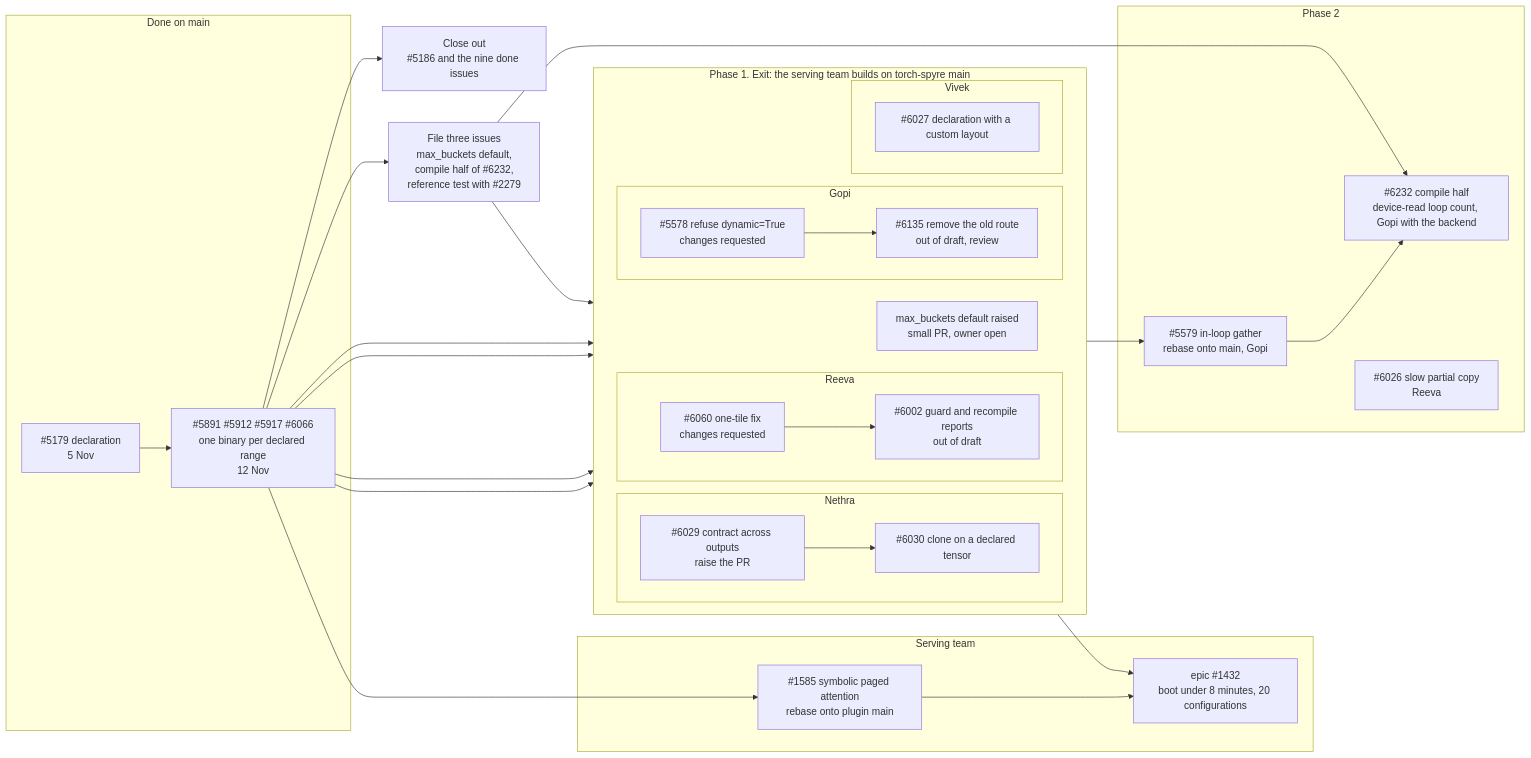
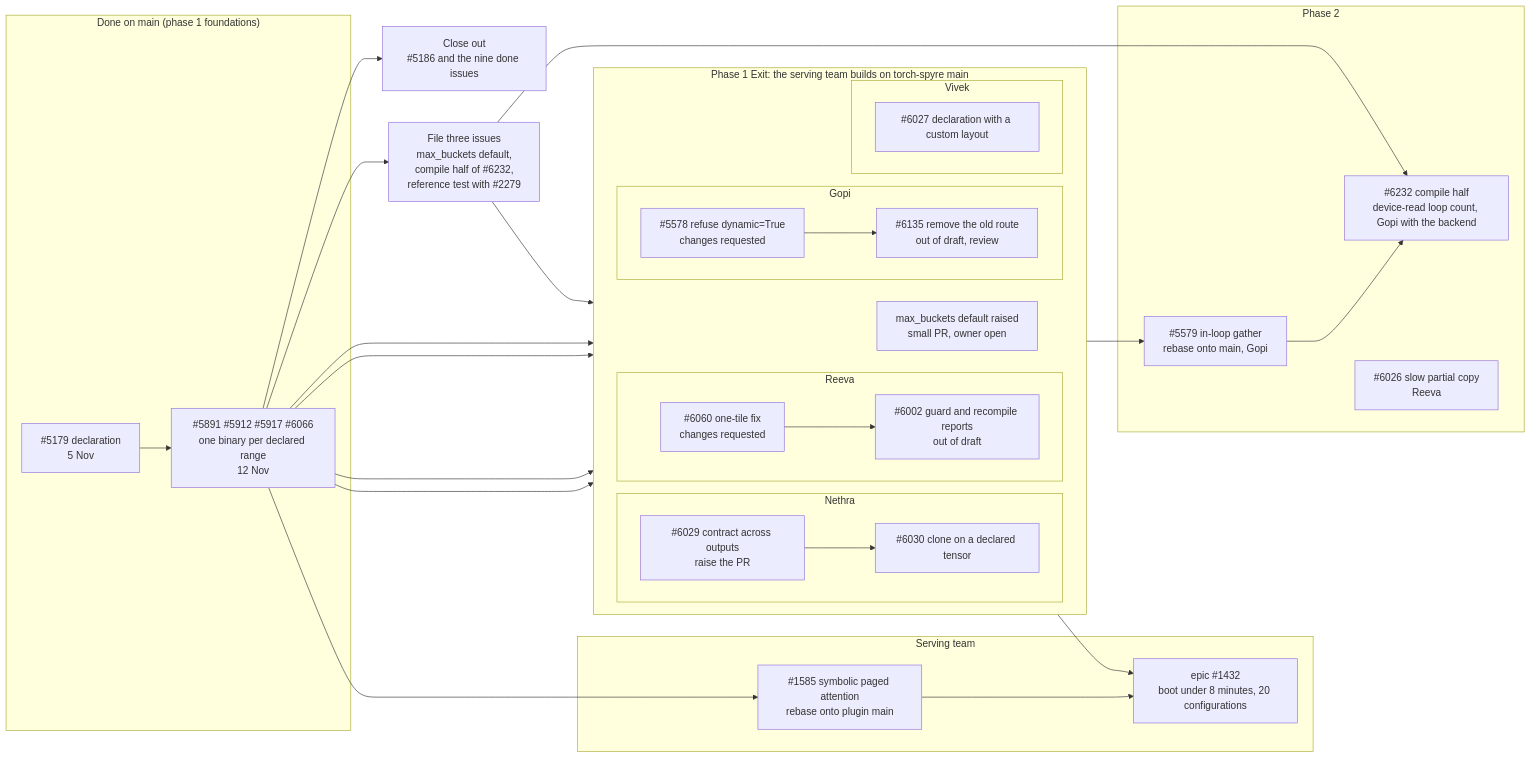
The diagram in docs/source/compiler/plan.md (Vivek1258/torch-spyre), drawn with Mermaid before and after one commit.

````diff
--- a/docs/source/compiler/plan.md
+++ b/docs/source/compiler/plan.md
@@ -1,46 +1,46 @@
 ```mermaid
 flowchart LR
-    subgraph done["Done on main"]
+    subgraph done["Done on main (phase 1 foundations)"]
         A["#5179 declaration<br/>5 Nov"] --> B["#5891 #5912 #5917 #6066<br/>one binary per declared range<br/>12 Nov"]
     end
 
     B --> C["Close out<br/>#5186 and the nine done issues"]
     B --> D["File three issues<br/>max_buckets default,<br/>compile half of #6232,<br/>reference test with #2279"]
 
-    subgraph p1["Phase 1. Exit: the serving team builds on torch-spyre main"]
+    subgraph p1["Phase 1 Exit: the serving team builds on torch-spyre main"]
         direction LR
         subgraph gopi1["Gopi"]
             G1["#5578 refuse dynamic=True<br/>changes requested"] --> G2["#6135 remove the old route<br/>out of draft, review"]
         end
         subgraph reeva1["Reeva"]
             R1["#6060 one-tile fix<br/>changes requested"] --> R2["#6002 guard and recompile reports<br/>out of draft"]
         end
         subgraph nethra1["Nethra"]
             N1["#6029 contract across outputs<br/>raise the PR"] --> N2["#6030 clone on a declared tensor"]
         end
         subgraph vivek1["Vivek"]
             V1["#6027 declaration with a custom layout"]
         end
         X["max_buckets default raised<br/>small PR, owner open"]
     end
 
     subgraph serving["Serving team"]
         S1["#1585 symbolic paged attention<br/>rebase onto plugin main"] --> S2["epic #1432<br/>boot under 8 minutes, 20 configurations"]
     end
 
     subgraph p2["Phase 2"]
         G3["#5579 in-loop gather<br/>rebase onto main, Gopi"] --> G4["#6232 compile half<br/>device-read loop count, Gopi with the backend"]
         R3["#6026 slow partial copy<br/>Reeva"]
     end
 
     B --> G1
     B --> R1
     B --> N1
     B --> V1
     B --> S1
     D --> X
     D --> G4
     G2 --> G3
     p1 --> S2
 
 ```
````
